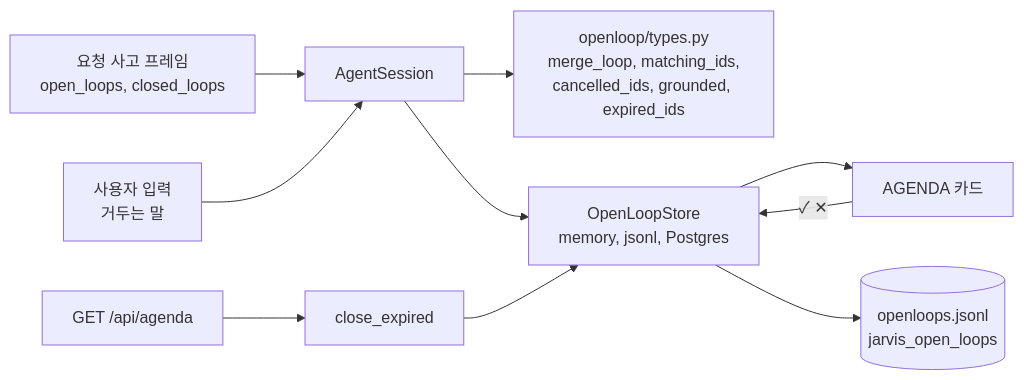
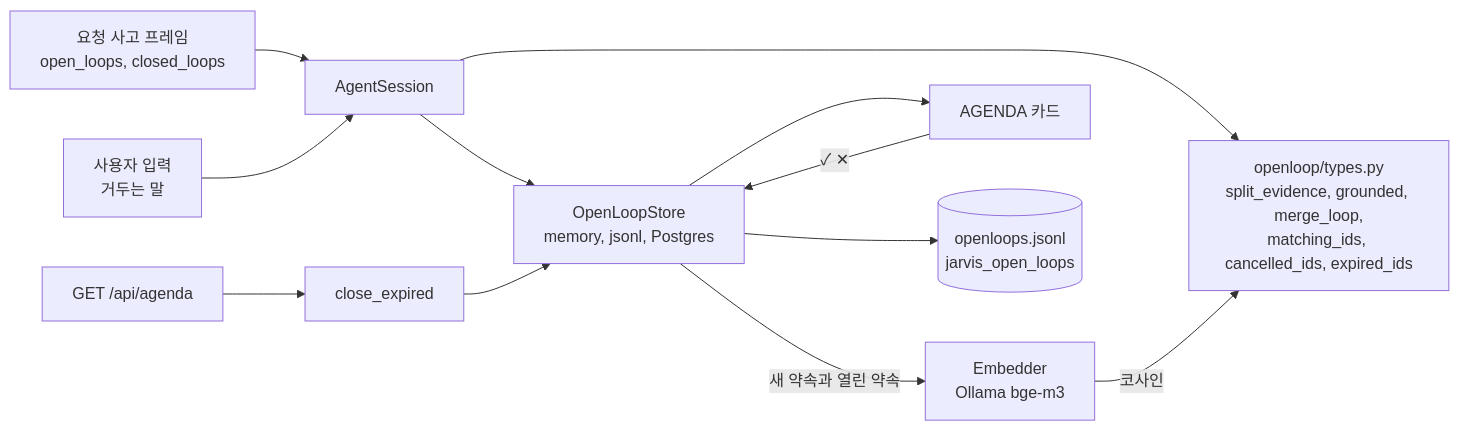
One commit to ash-hun/jarvis-agent changed the fifth of 7 diagrams in website/docs/concepts/agenda.md. Above: the diagram before and after it, drawn with Mermaid. The commit also changed other lines of this file and 16 other files, not shown here.

````diff
--- a/website/docs/concepts/agenda.md
+++ b/website/docs/concepts/agenda.md
@@ -148,12 +212,14 @@
 ```mermaid
 flowchart LR
   ENG[요청 사고 프레임<br/>open_loops, closed_loops] --> SES[AgentSession]
   IN[사용자 입력<br/>거두는 말] --> SES
-  SES --> T[openloop/types.py<br/>merge_loop, matching_ids,<br/>cancelled_ids, grounded, expired_ids]
+  SES --> T[openloop/types.py<br/>split_evidence, grounded, merge_loop,<br/>matching_ids, cancelled_ids, expired_ids]
   SES --> ST[OpenLoopStore<br/>memory, jsonl, Postgres]
+  ST -->|새 약속과 열린 약속| EMB[Embedder<br/>Ollama bge-m3]
+  EMB -->|코사인| T
   API["GET /api/agenda"] --> EXP[close_expired]
   EXP --> ST
   ST --> AG[AGENDA 카드]
   AG -->|✓ ✕| ST
   ST --> DB[(openloops.jsonl<br/>jarvis_open_loops)]
 ```
````
